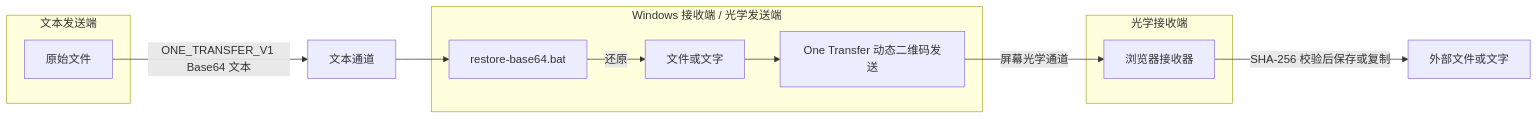
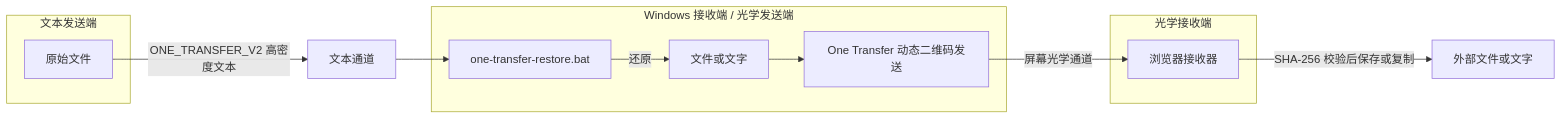
Before and after one commit to CrazyForks/one-transfer: the first of 3 diagrams in README.zh-CN.md, drawn with Mermaid. The commit also changed other lines of this file and 17 other files, not shown here.

First line of the commit message:
feat: implement clipboard transfer protocol V2 with Base32768 and Base91 encoding

````diff
--- a/README.zh-CN.md
+++ b/README.zh-CN.md
@@ -132,24 +201,24 @@
 ```mermaid
 flowchart LR
   subgraph GROUP_A[文本发送端]
     F1[原始文件]
   end
 
   subgraph GROUP_B[Windows 接收端 / 光学发送端]
-    RESTORE[restore-base64.bat]
+    RESTORE[one-transfer-restore.bat]
     F[文件或文字]
     S[One Transfer 动态二维码发送]
   end
 
   subgraph GROUP_C[光学接收端]
     R[浏览器接收器]
   end
 
-  F1 -->|ONE_TRANSFER_V1 Base64 文本| T[文本通道]
+  F1 -->|ONE_TRANSFER_V2 高密度文本| T[文本通道]
   T --> RESTORE
   RESTORE -->|还原| F
 
   F --> S
   S -->|屏幕光学通道| R
   R -->|SHA-256 校验后保存或复制| OUTFILE[外部文件或文字]
 ```
````
